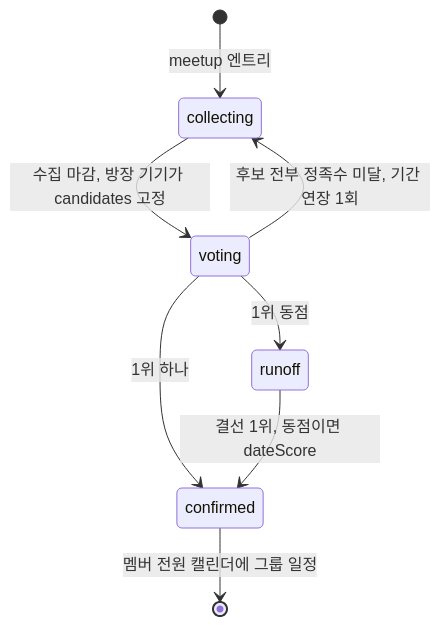
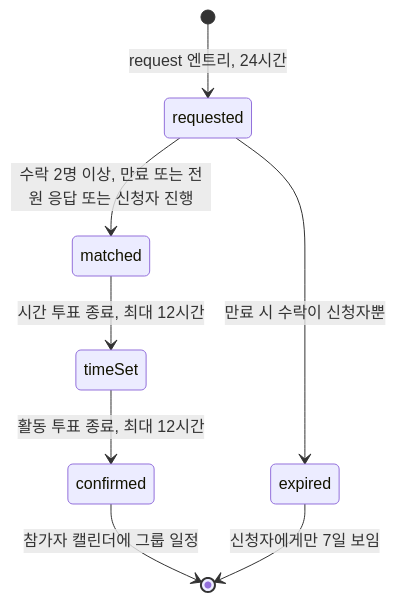
One commit to LeeDongHyun00/geunal-eottae changed the second of 3 diagrams in docs/kickoff.md. Above: the diagram before and after it, drawn with Mermaid. The commit also changed other lines of this file, not shown here.

First line of the commit message:
docs(kickoff): add input suggestions, group calendar heatmap and meetup requests

````diff
--- a/docs/kickoff.md
+++ b/docs/kickoff.md
@@ -331,10 +419,10 @@
 ```mermaid
 stateDiagram-v2
-  [*] --> collecting: meetup 엔트리
-  collecting --> voting: 수집 마감, 방장 기기가 candidates 고정
-  voting --> confirmed: 1위 하나
-  voting --> runoff: 1위 동점
-  runoff --> confirmed: 결선 1위, 동점이면 dateScore
-  voting --> collecting: 후보 전부 정족수 미달, 기간 연장 1회
-  confirmed --> [*]: 멤버 전원 캘린더에 그룹 일정
+  [*] --> requested: request 엔트리, 24시간
+  requested --> matched: 수락 2명 이상, 만료 또는 전원 응답 또는 신청자 진행
+  requested --> expired: 만료 시 수락이 신청자뿐
+  matched --> timeSet: 시간 투표 종료, 최대 12시간
+  timeSet --> confirmed: 활동 투표 종료, 최대 12시간
+  confirmed --> [*]: 참가자 캘린더에 그룹 일정
+  expired --> [*]: 신청자에게만 7일 보임
 ```
````
